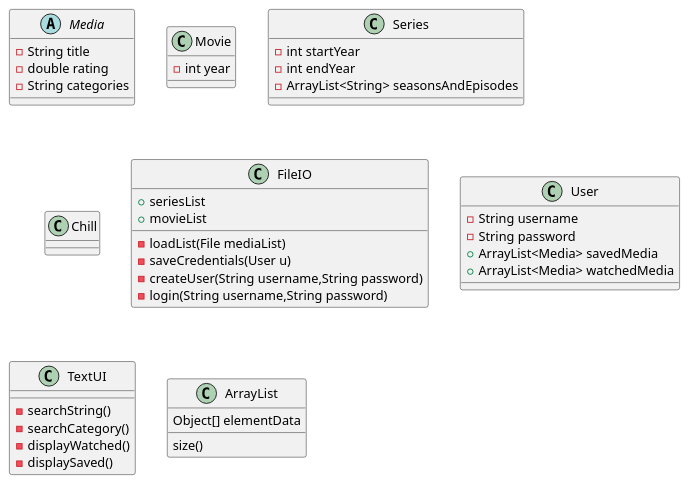
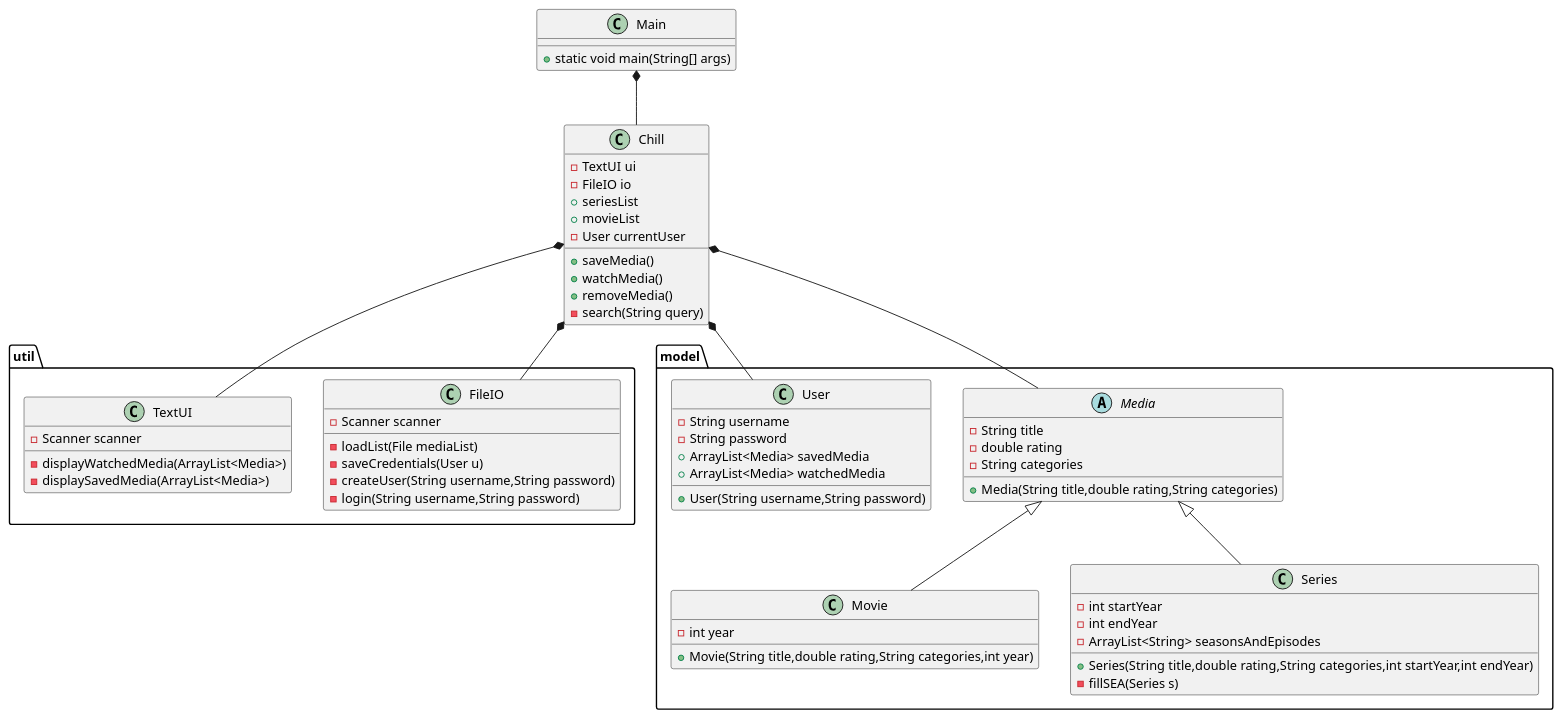
One commit to Magnewei/SP3 changed the diagram in doc/Class.puml. Above: the diagram before and after it, drawn with PlantUML.

Commit message:
Goddam crack math

```diff
--- a/doc/Class.puml
+++ b/doc/Class.puml
@@ -1,53 +1,75 @@
 @startuml
 'https://plantuml.com/class-diagram
 
-abstract class Media{
-    -String title
-    -double rating
-    -String categories
-}
-
-class Movie{
-    -int year
-}
-
-class Series{
-    -int startYear
-    -int endYear
-    -ArrayList<String> seasonsAndEpisodes
+class Main{
+    +static void main(String[] args)
 }
 
 class Chill{
-
+    -TextUI ui
+    -FileIO io
+    +seriesList
+    +movieList
+    -User currentUser
+    +saveMedia()
+    +watchMedia()
+    +removeMedia()
+    -search(String query)
 }
 
-class FileIO{
-    +seriesList
-    +movieList
-    -loadList(File mediaList)
-    -saveCredentials(User u)
-    -createUser(String username,String password)
-    -login(String username,String password)
+package "util"{
+    class FileIO{
+        -Scanner scanner
+        -loadList(File mediaList)
+        -saveCredentials(User u)
+        -createUser(String username,String password)
+        -login(String username,String password)
+    }
+
+    class TextUI{
+        -Scanner scanner
+        -displayWatchedMedia(ArrayList<Media>)
+        -displaySavedMedia(ArrayList<Media>)
+
+    }
 }
 
-class User{
-    -String username
-    -String password
-    +ArrayList<Media> savedMedia
-    +ArrayList<Media> watchedMedia
+package "model"{
+    abstract class Media{
+        -String title
+        -double rating
+        -String categories
+        +Media(String title,double rating,String categories)
+    }
+
+    class Movie{
+        -int year
+        +Movie(String title,double rating,String categories,int year)
+    }
+
+    class Series{
+        -int startYear
+        -int endYear
+        -ArrayList<String> seasonsAndEpisodes
+        +Series(String title,double rating,String categories,int startYear,int endYear)
+        -fillSEA(Series s)
+    }
+
+    class User{
+        -String username
+        -String password
+        +ArrayList<Media> savedMedia
+        +ArrayList<Media> watchedMedia
+        +User(String username,String password)
+    }
 }
 
-class TextUI{
-    -searchString()
-    -searchCategory()
-    -displayWatched()
-    -displaySaved()
-}
-
-
-class ArrayList {
-Object[] elementData
-size()
-}
+Main *-- Chill
+Chill *-- TextUI
+Chill *-- FileIO
+Chill *-- User
+Chill *-- Media
+Media <|-- Movie
+Media <|-- Series
 
 @enduml
```
